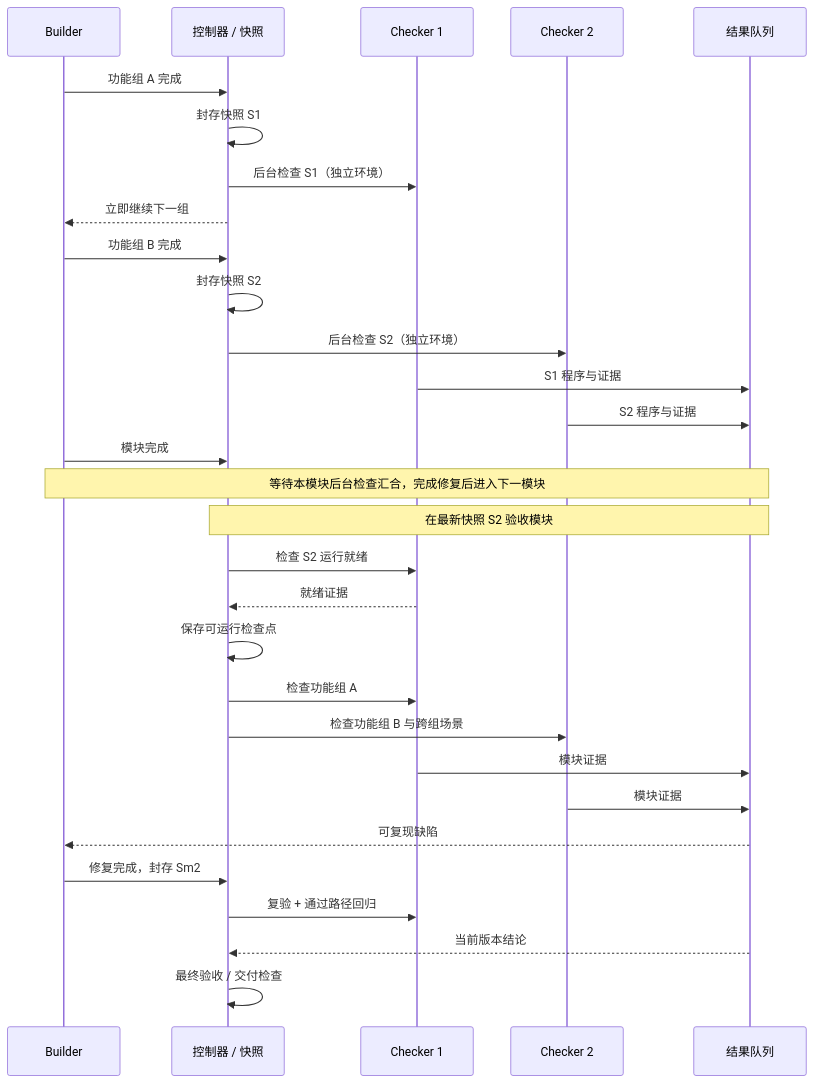
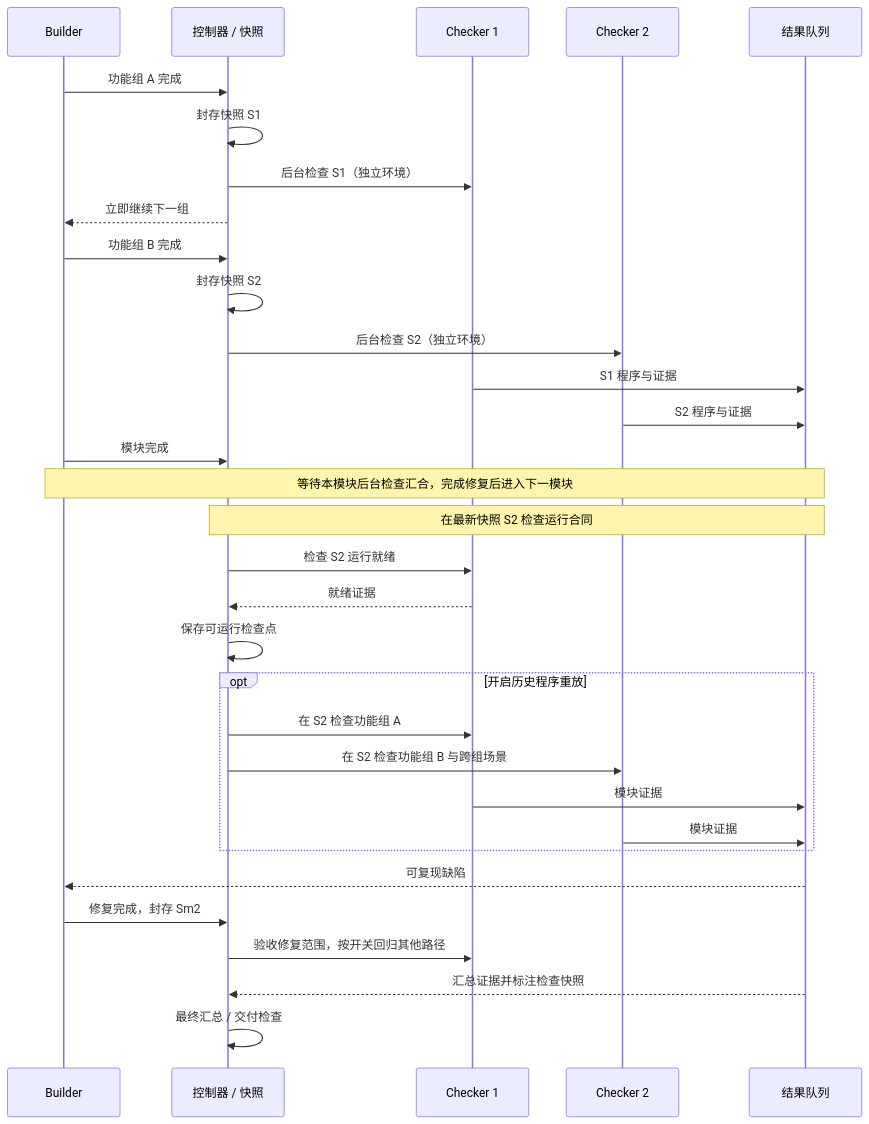
One commit to TheaDust/shallow-code changed the diagram in README.md. Above: the diagram before and after it, drawn with Mermaid. The commit also changed other lines of this file and 37 other files, not shown here.

````diff
--- a/README.md
+++ b/README.md
@@ -16,33 +16,35 @@
 ```mermaid
 sequenceDiagram
     participant B as Builder
     participant C as 控制器 / 快照
     participant K1 as Checker 1
     participant K2 as Checker 2
     participant Q as 结果队列
 
     B->>C: 功能组 A 完成
     C->>C: 封存快照 S1
     C->>K1: 后台检查 S1（独立环境）
     C-->>B: 立即继续下一组
     B->>C: 功能组 B 完成
     C->>C: 封存快照 S2
     C->>K2: 后台检查 S2（独立环境）
     K1->>Q: S1 程序与证据
     K2->>Q: S2 程序与证据
     B->>C: 模块完成
     Note over B,Q: 等待本模块后台检查汇合，完成修复后进入下一模块
-    Note over C,Q: 在最新快照 S2 验收模块
+    Note over C,Q: 在最新快照 S2 检查运行合同
     C->>K1: 检查 S2 运行就绪
     K1-->>C: 就绪证据
     C->>C: 保存可运行检查点
-    C->>K1: 检查功能组 A
-    C->>K2: 检查功能组 B 与跨组场景
-    K1->>Q: 模块证据
-    K2->>Q: 模块证据
+    opt 开启历史程序重放
+        C->>K1: 在 S2 检查功能组 A
+        C->>K2: 在 S2 检查功能组 B 与跨组场景
+        K1->>Q: 模块证据
+        K2->>Q: 模块证据
+    end
     Q-->>B: 可复现缺陷
     B->>C: 修复完成，封存 Sm2
-    C->>K1: 复验 + 通过路径回归
-    Q-->>C: 当前版本结论
-    C->>C: 最终验收 / 交付检查
+    C->>K1: 验收修复范围，按开关回归其他路径
+    Q-->>C: 汇总证据并标注检查快照
+    C->>C: 最终汇总 / 交付检查
 ```
````
